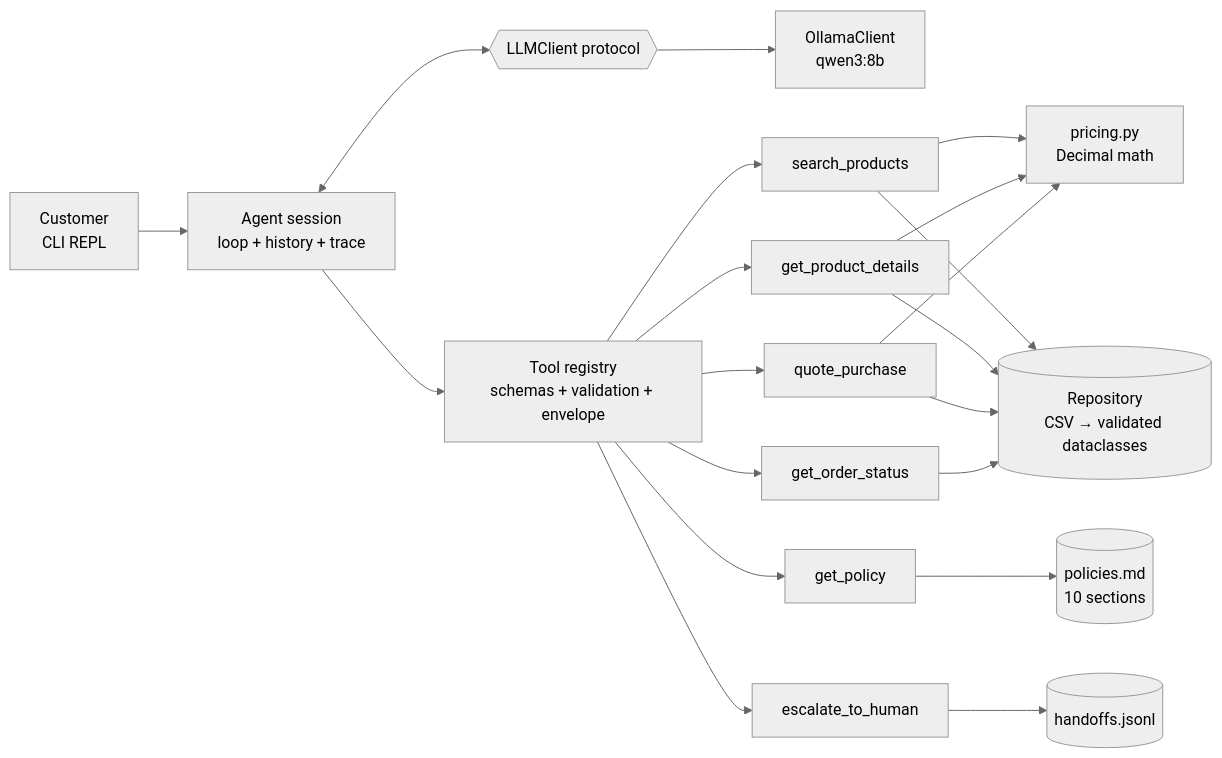
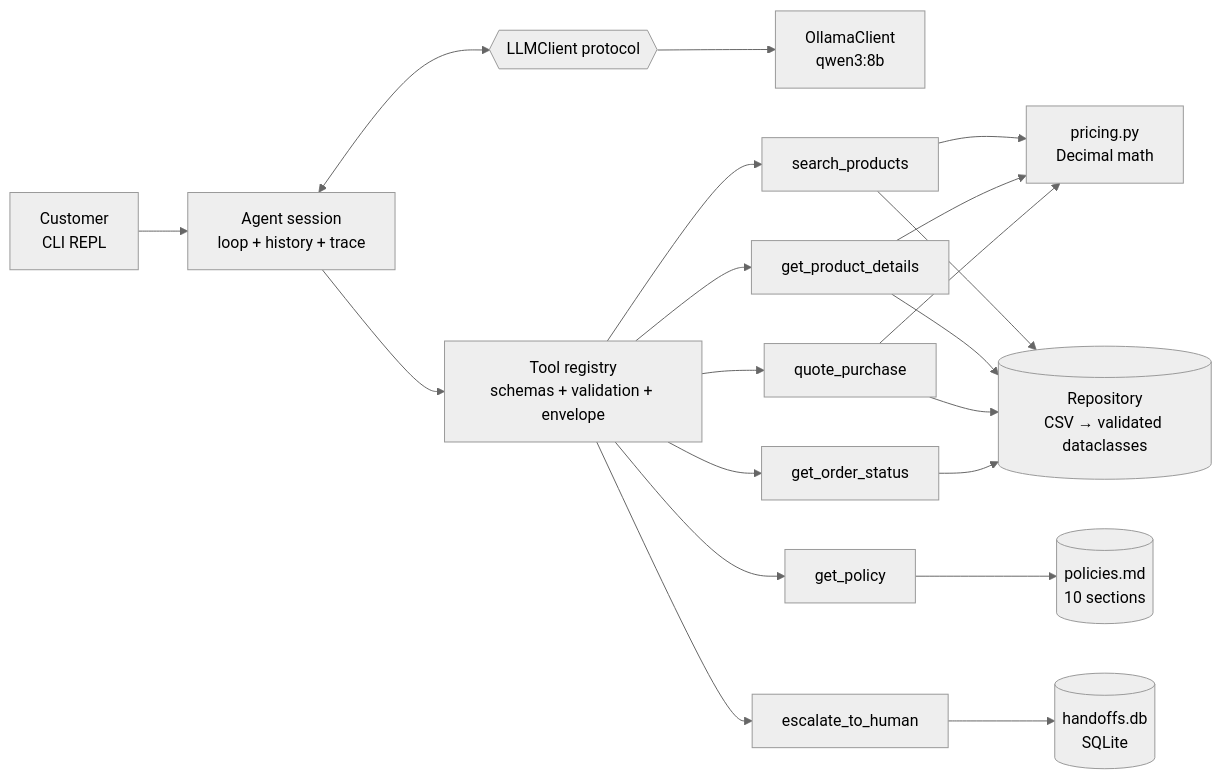
The first of 2 diagrams in docs/DESIGN.md (filetii/music_agent), drawn with Mermaid (neutral theme) before and after one commit. The commit also changed other lines of this file and 1 other file, not shown here.

````diff
--- a/docs/DESIGN.md
+++ b/docs/DESIGN.md
@@ -120,17 +141,17 @@
 ```mermaid
 flowchart LR
   U[Customer<br/>CLI REPL] --> S[Agent session<br/>loop + history + trace]
   S <--> L{{LLMClient protocol}}
   L --> OC[OllamaClient<br/>qwen3:8b]
   S --> TR[Tool registry<br/>schemas + validation + envelope]
   TR --> T1[search_products]
   TR --> T2[get_product_details]
   TR --> T3[quote_purchase]
   TR --> T4[get_order_status]
   TR --> T5[get_policy]
   TR --> T6[escalate_to_human]
   T1 & T2 & T3 --> PR[pricing.py<br/>Decimal math]
   T1 & T2 & T3 & T4 --> R[(Repository<br/>CSV → validated dataclasses)]
   T5 --> P[(policies.md<br/>10 sections)]
-  T6 --> H[(handoffs.jsonl)]
+  T6 --> H[(handoffs.db<br/>SQLite)]
 ```
````
